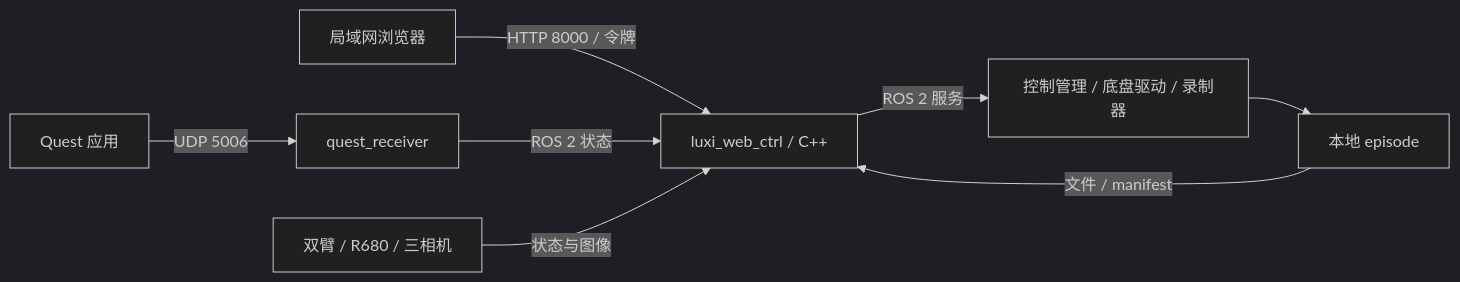
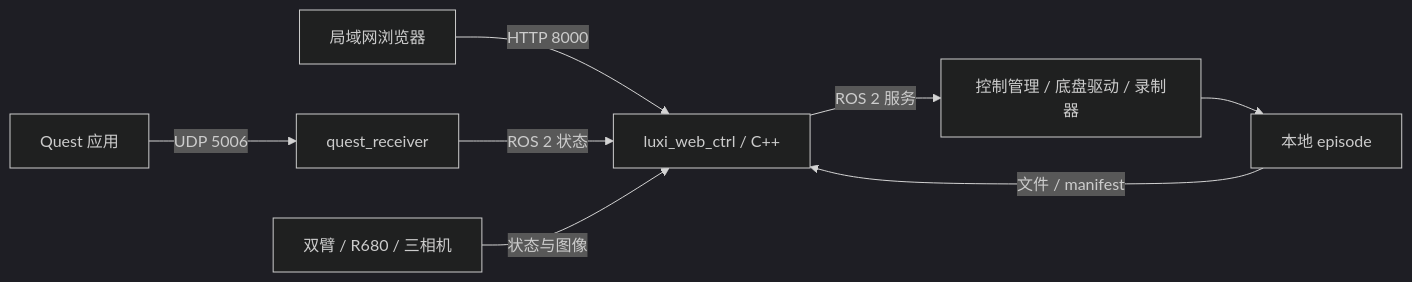
Before and after one commit to 1davidpy/lift-robot-ros2: the diagram in Project/luxi_web_ctrl/README.md, drawn with Mermaid (dark theme). The commit also changed other lines of this file and 65 other files, not shown here.

````diff
--- a/Project/luxi_web_ctrl/README.md
+++ b/Project/luxi_web_ctrl/README.md
@@ -14,10 +14,10 @@
 ```mermaid
 flowchart LR
- B[局域网浏览器] -->|HTTP 8000 / 令牌| W[luxi_web_ctrl / C++]
+ B[局域网浏览器] -->|HTTP 8000| W[luxi_web_ctrl / C++]
  Q[Quest 应用] -->|UDP 5006| R[quest_receiver]
  R -->|ROS 2 状态| W
  D[双臂 / R680 / 三相机] -->|状态与图像| W
  W -->|ROS 2 服务| C[控制管理 / 底盘驱动 / 录制器]
  C --> F[本地 episode]
  F -->|文件 / manifest| W
 ```
````
